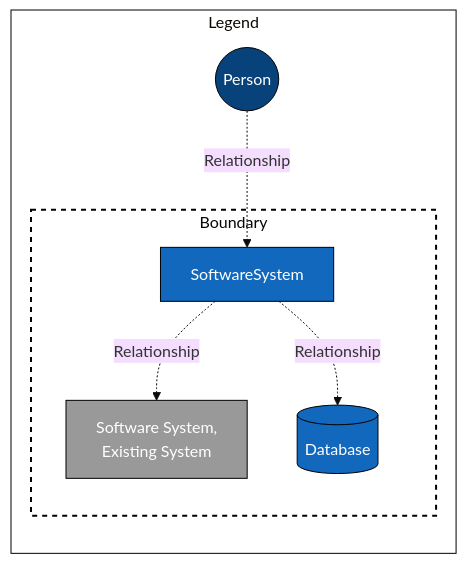
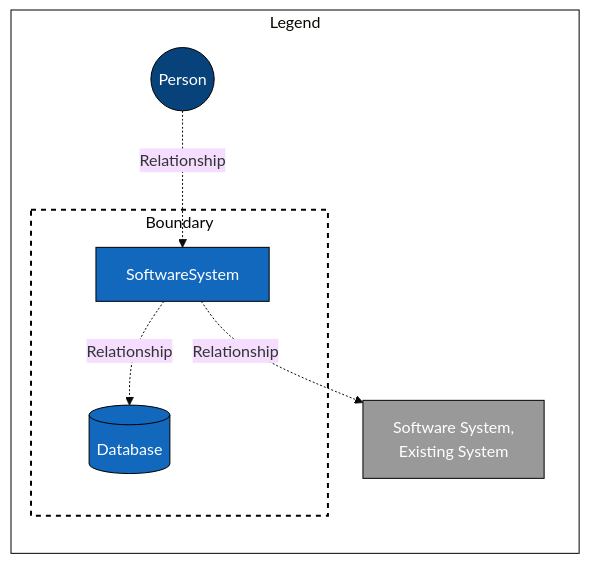
The second of 2 diagrams in README.md (sebastian-bergt/c4model_mermaid), drawn with Mermaid (base theme) before and after one commit.

Commit message:
Update README.md
Containers: moved ExistingSystem out of Boundary

````diff
--- a/README.md
+++ b/README.md
@@ -38,28 +38,28 @@
 ```mermaid
 graph LR
     %% C4 style classes c4model.com %%
     classDef person fill:#08427b,stroke:#000,color:#FFF;
     classDef container fill:#1168bd,stroke:#000,color:#FFF;
     classDef database fill:#1168bd,stroke:#000,color:#FFF;
     classDef existing fill:#999999,stroke:#000,color:#FFF;
     classDef boundary fill:#FFF,stroke:#000,stroke-width:2px,stroke-dasharray: 5 5;
     classDef frame fill:#FFF,stroke:#000
 
     %% nodes %%
     Person((Person)):::person
     SoftwareSystem:::container
     ExistingSystem["Software System,<br>Existing System"]:::existing
     Database[(Database)]:::database
 
     %% connections and boundaries %%
     
     subgraph Legend
         Person-.->|Relationship| SoftwareSystem
         subgraph Boundary
-            SoftwareSystem-.->|Relationship| ExistingSystem
             SoftwareSystem-.->|Relationship| Database
         end
         class Boundary boundary
+        SoftwareSystem-.->|Relationship| ExistingSystem
     end
     class Legend frame
 ```
````
